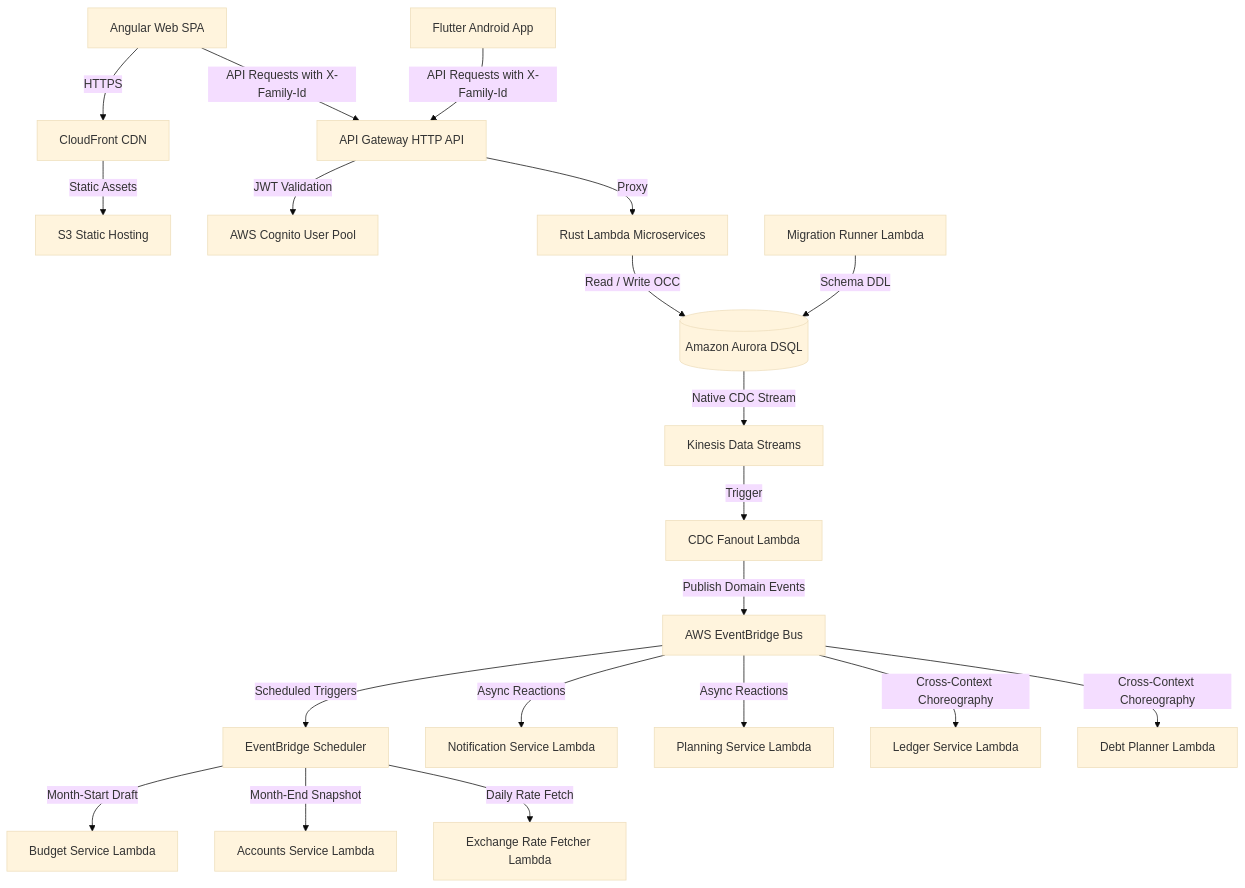
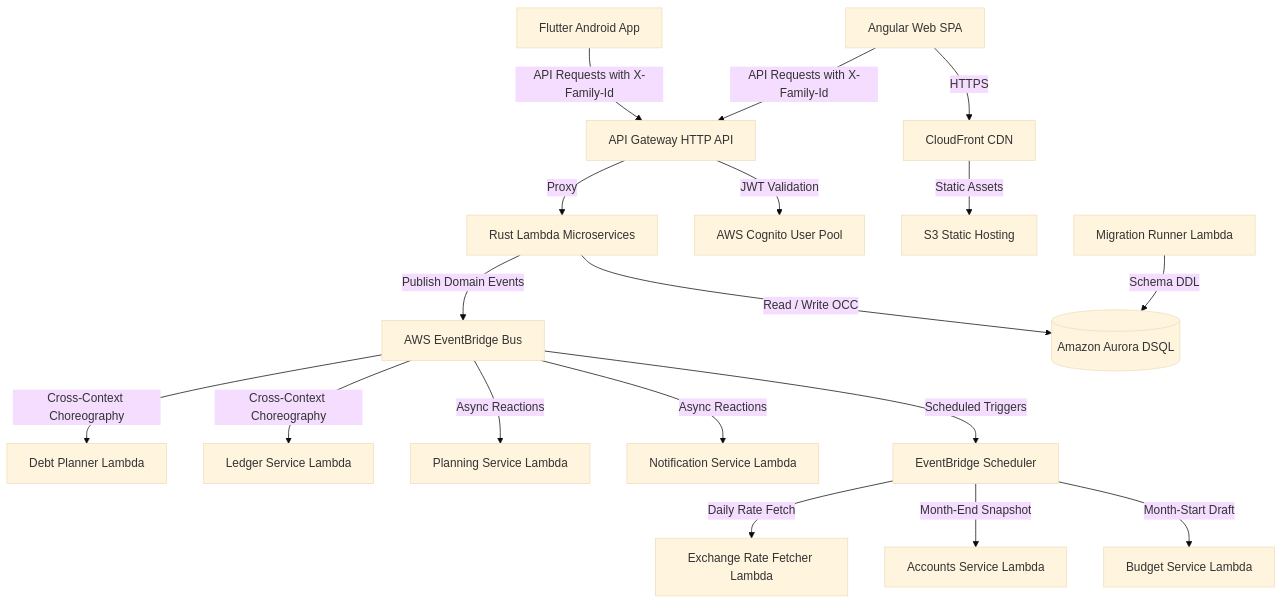
Before and after one commit to home-harmony/documentation: the diagram in architecture/system-overview.md, drawn with Mermaid (base theme). The commit also changed other lines of this file and 26 other files, not shown here.

First line of the commit message:
Refactor AWS Infrastructure and Event Handling

````diff
--- a/architecture/system-overview.md
+++ b/architecture/system-overview.md
@@ -7,29 +7,26 @@
 ```mermaid
 graph TD
     ClientWeb[Angular Web SPA] -->|HTTPS| CloudFront[CloudFront CDN]
     CloudFront -->|Static Assets| S3[S3 Static Hosting]
     
     ClientWeb -->|API Requests with X-Family-Id| APIGW[API Gateway HTTP API]
     ClientMobile[Flutter Android App] -->|API Requests with X-Family-Id| APIGW
     
     APIGW -->|JWT Validation| Cognito[AWS Cognito User Pool]
     APIGW -->|Proxy| ServiceLambdas[Rust Lambda Microservices]
     
     ServiceLambdas -->|Read / Write OCC| DSQL[(Amazon Aurora DSQL)]
-    
-    DSQL -->|Native CDC Stream| Kinesis[Kinesis Data Streams]
-    Kinesis -->|Trigger| CDCFanout[CDC Fanout Lambda]
-    CDCFanout -->|Publish Domain Events| EventBridge[AWS EventBridge Bus]
+    ServiceLambdas -->|Publish Domain Events| EventBridge[AWS EventBridge Bus]
     
     EventBridge -->|Scheduled Triggers| Scheduler[EventBridge Scheduler]
     Scheduler -->|Month-Start Draft| BudgetLambda[Budget Service Lambda]
     Scheduler -->|Month-End Snapshot| AccountsLambda[Accounts Service Lambda]
     Scheduler -->|Daily Rate Fetch| ExchangeLambda[Exchange Rate Fetcher Lambda]
     
     EventBridge -->|Async Reactions| NotifLambda[Notification Service Lambda]
     EventBridge -->|Async Reactions| PlanningLambda[Planning Service Lambda]
     EventBridge -->|Cross-Context Choreography| LedgerLambda[Ledger Service Lambda]
     EventBridge -->|Cross-Context Choreography| DebtLambda[Debt Planner Lambda]
     
     MigrateRunner[Migration Runner Lambda] -->|Schema DDL| DSQL
 ```
````
